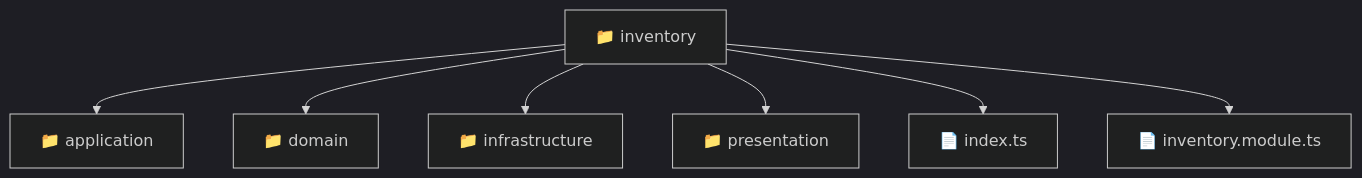
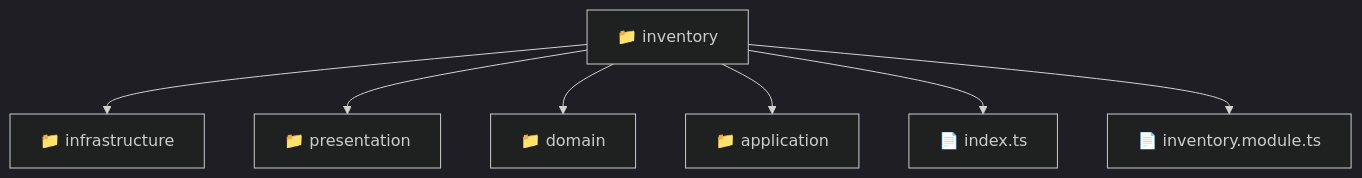
Before and after one commit to beginwebdev2002/fullstack-mavluda: the diagram in backend/src/modules/inventory/README.md, drawn with Mermaid (dark theme). The commit also changed other lines of this file and 157 other files, not shown here.

````diff
--- a/backend/src/modules/inventory/README.md
+++ b/backend/src/modules/inventory/README.md
@@ -9,10 +9,10 @@
 ```mermaid
 graph TD
-  Root["📁 inventory"]
-  Root --> application["📁 application"]
-  Root --> domain["📁 domain"]
-  Root --> infrastructure["📁 infrastructure"]
-  Root --> presentation["📁 presentation"]
-  Root --> index_ts["📄 index.ts"]
-  Root --> inventory_module_ts["📄 inventory.module.ts"]
+  inventory["📁 inventory"]
+  inventory --> infrastructure["📁 infrastructure"]
+  inventory --> presentation["📁 presentation"]
+  inventory --> domain["📁 domain"]
+  inventory --> application["📁 application"]
+  inventory --> index_ts["📄 index.ts"]
+  inventory --> inventory_module_ts["📄 inventory.module.ts"]
 ```
````
